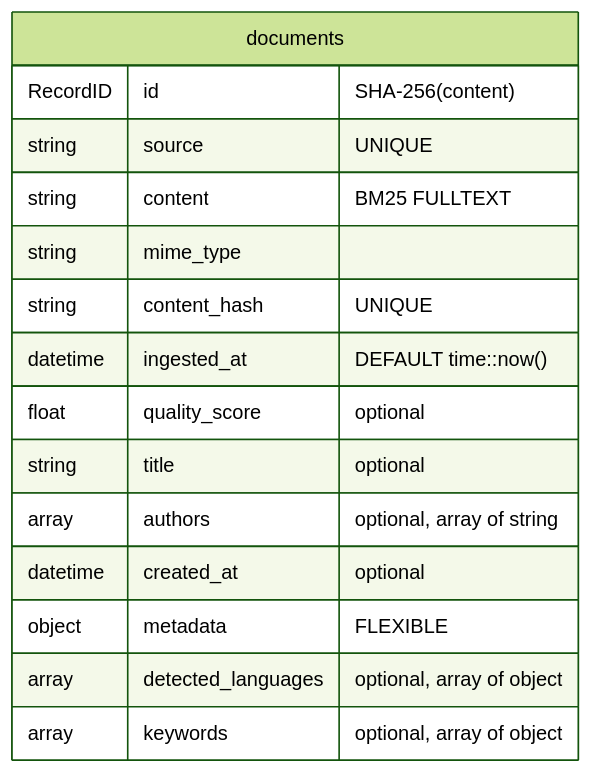
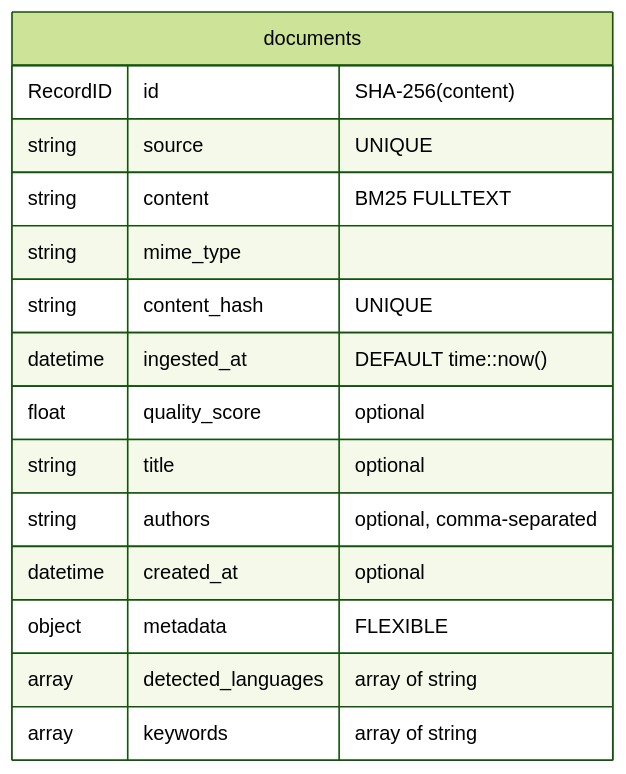
Before and after one commit to xberg-io/xberg: the first of 2 diagrams in README.md, drawn with Mermaid (forest theme). The commit also changed other lines of this file and 3 other files, not shown here.

First line of the commit message:
chore(release): prepare 0.2.0 with corrected schema documentation

````diff
--- a/README.md
+++ b/README.md
@@ -334,18 +334,18 @@
 ```mermaid
 erDiagram
     documents {
         RecordID id "SHA-256(content)"
         string source "UNIQUE"
         string content "BM25 FULLTEXT"
         string mime_type
         string content_hash "UNIQUE"
         datetime ingested_at "DEFAULT time::now()"
         float quality_score "optional"
         string title "optional"
-        array authors "optional, array of string"
+        string authors "optional, comma-separated"
         datetime created_at "optional"
         object metadata "FLEXIBLE"
-        array detected_languages "optional, array of object"
-        array keywords "optional, array of object"
+        array detected_languages "array of string"
+        array keywords "array of string"
     }
 ```
````
